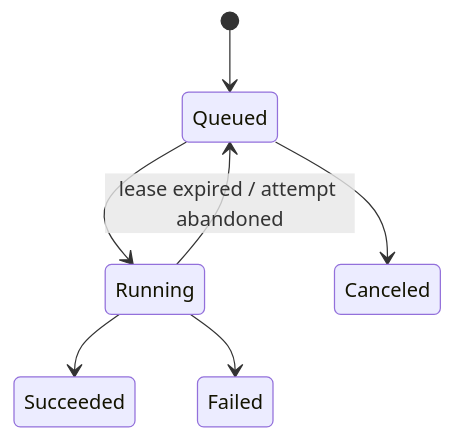
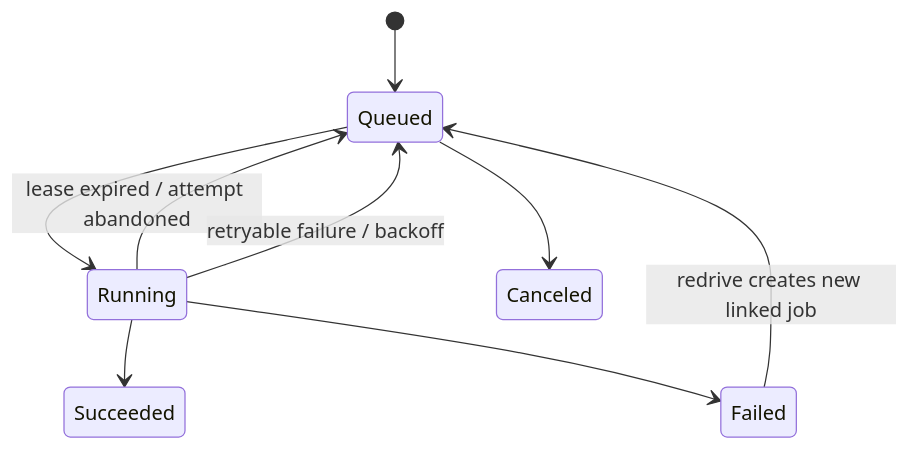
Before and after one commit to Nuryanfa/TaskForge: the second of 2 diagrams in README.md, drawn with Mermaid. The commit also changed other lines of this file and 26 other files, not shown here.

````diff
--- a/README.md
+++ b/README.md
@@ -28,9 +29,11 @@
 ```mermaid
 stateDiagram-v2
     [*] --> Queued
     Queued --> Running
     Queued --> Canceled
     Running --> Succeeded
     Running --> Failed
     Running --> Queued: lease expired / attempt abandoned
+    Running --> Queued: retryable failure / backoff
+    Failed --> Queued: redrive creates new linked job
 ```
````
